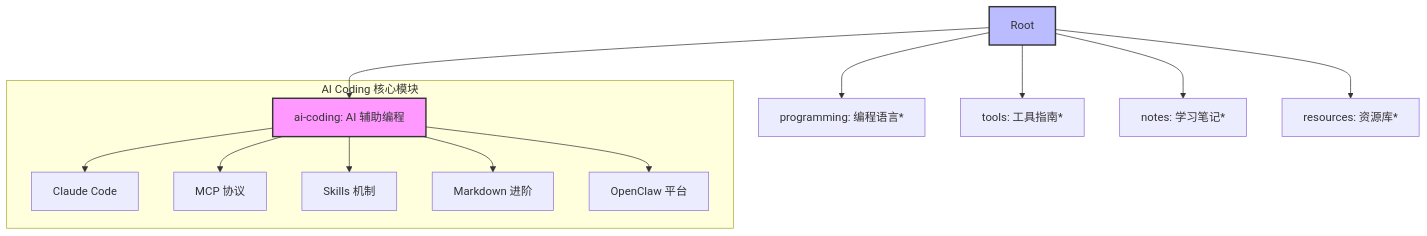
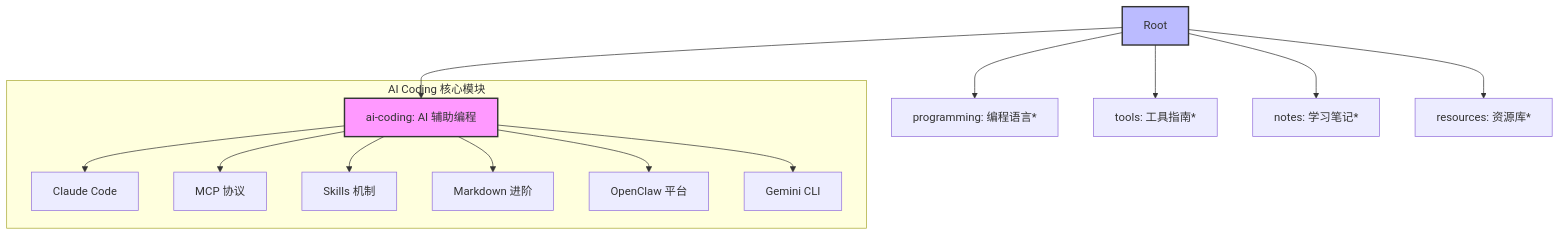
One commit to daruizi/jerrys-knowledge-base changed the diagram in README.md. Above: the diagram before and after it, drawn with Mermaid. The commit also changed other lines of this file and 1 other file, not shown here.

Commit message:
docs: sync READMEs with Gemini CLI guide

````diff
--- a/README.md
+++ b/README.md
@@ -11,19 +11,20 @@
 ```mermaid
 graph TD
     ROOT[Root] --> AI[ai-coding: AI 辅助编程]
     ROOT --> PROG[programming: 编程语言*]
     ROOT --> TOOLS[tools: 工具指南*]
     ROOT --> NOTES[notes: 学习笔记*]
     ROOT --> RES[resources: 资源库*]
     
     subgraph "AI Coding 核心模块"
         AI --> M1[Claude Code]
         AI --> M2[MCP 协议]
         AI --> M3[Skills 机制]
         AI --> M4[Markdown 进阶]
         AI --> M5[OpenClaw 平台]
+        AI --> M6[Gemini CLI]
     end
     
     style AI fill:#f9f,stroke:#333,stroke-width:2px
     style ROOT fill:#bbf,stroke:#333,stroke-width:2px
 ```
````
